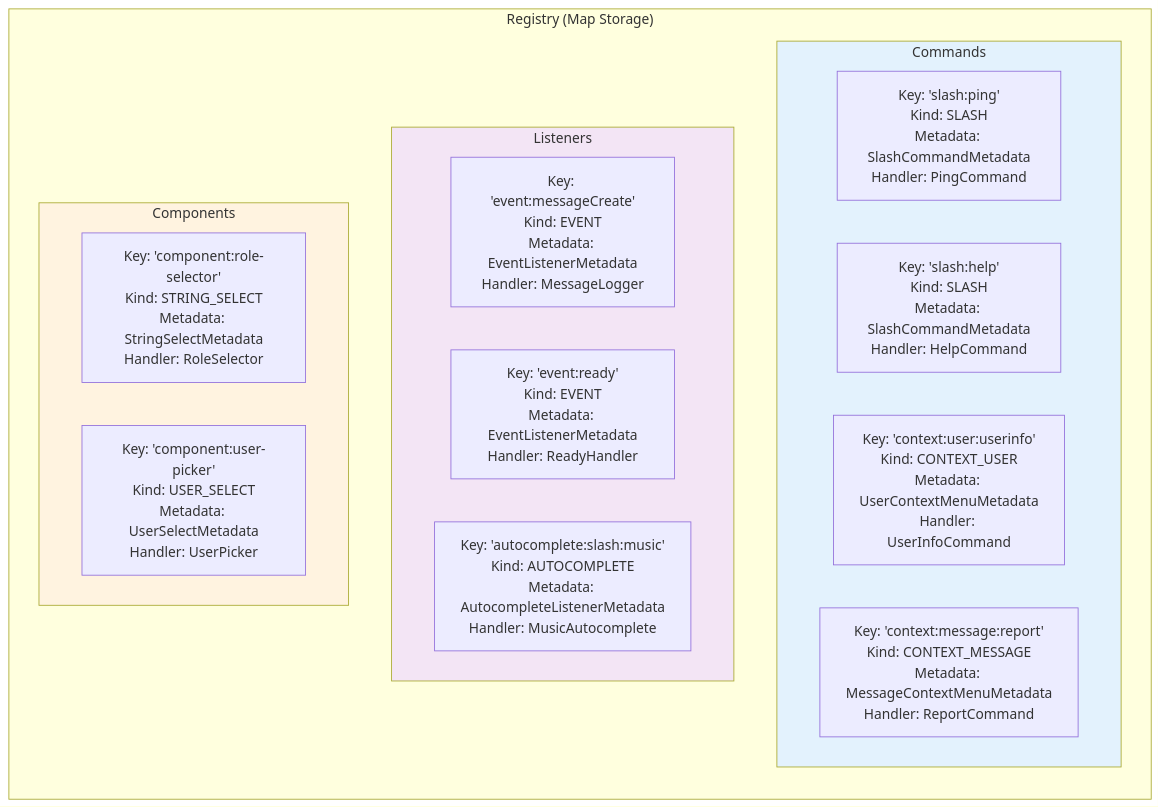
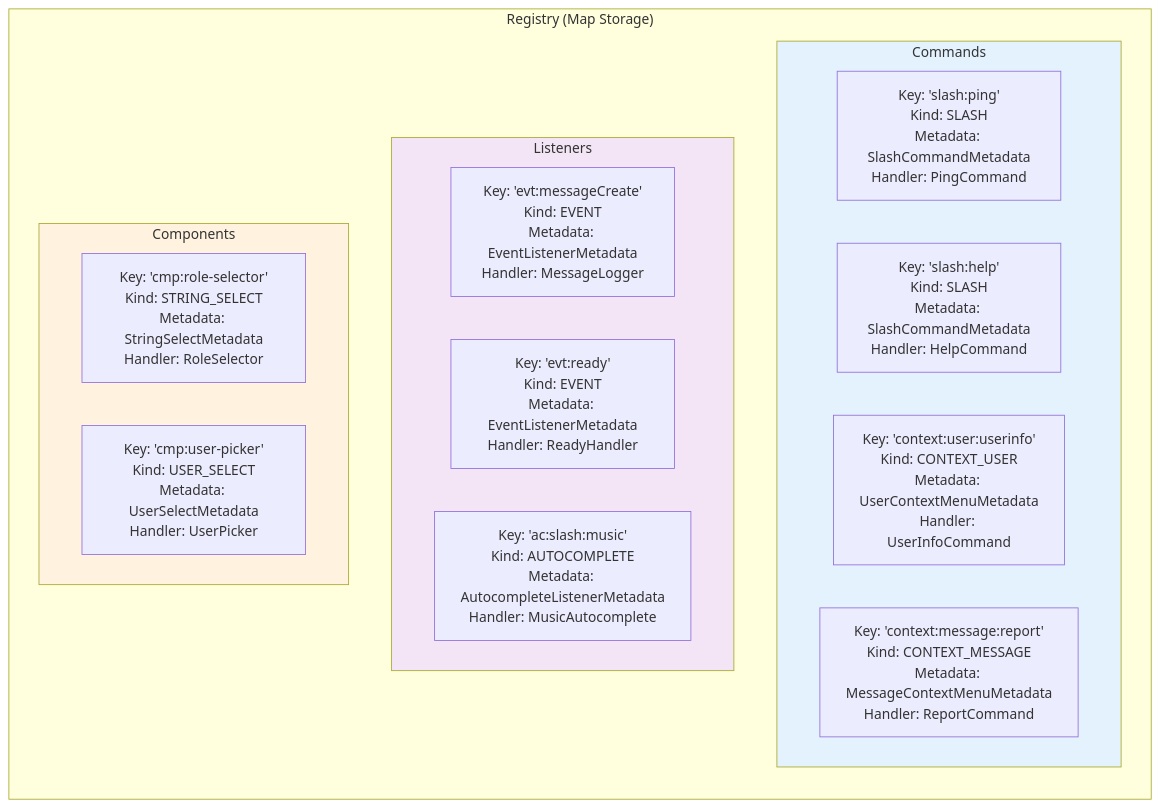
The third of 5 diagrams in docs/workflows/02-decorator-registration.md (Gildraen/dbm-core), drawn with Mermaid before and after one commit. The commit also changed 7 other files, not shown here.

````diff
--- a/docs/workflows/02-decorator-registration.md
+++ b/docs/workflows/02-decorator-registration.md
@@ -95,28 +95,28 @@
 ```mermaid
 graph TB
     subgraph Registry["Registry (Map Storage)"]
         direction TB
 
         subgraph Commands["Commands"]
             Slash1[Key: 'slash:ping'<br/>Kind: SLASH<br/>Metadata: SlashCommandMetadata<br/>Handler: PingCommand]
             Slash2[Key: 'slash:help'<br/>Kind: SLASH<br/>Metadata: SlashCommandMetadata<br/>Handler: HelpCommand]
             UserCtx[Key: 'context:user:userinfo'<br/>Kind: CONTEXT_USER<br/>Metadata: UserContextMenuMetadata<br/>Handler: UserInfoCommand]
             MsgCtx[Key: 'context:message:report'<br/>Kind: CONTEXT_MESSAGE<br/>Metadata: MessageContextMenuMetadata<br/>Handler: ReportCommand]
         end
 
         subgraph Listeners["Listeners"]
-            Event1[Key: 'event:messageCreate'<br/>Kind: EVENT<br/>Metadata: EventListenerMetadata<br/>Handler: MessageLogger]
-            Event2[Key: 'event:ready'<br/>Kind: EVENT<br/>Metadata: EventListenerMetadata<br/>Handler: ReadyHandler]
-            Auto[Key: 'autocomplete:slash:music'<br/>Kind: AUTOCOMPLETE<br/>Metadata: AutocompleteListenerMetadata<br/>Handler: MusicAutocomplete]
+            Event1[Key: 'evt:messageCreate'<br/>Kind: EVENT<br/>Metadata: EventListenerMetadata<br/>Handler: MessageLogger]
+            Event2[Key: 'evt:ready'<br/>Kind: EVENT<br/>Metadata: EventListenerMetadata<br/>Handler: ReadyHandler]
+            Auto[Key: 'ac:slash:music'<br/>Kind: AUTOCOMPLETE<br/>Metadata: AutocompleteListenerMetadata<br/>Handler: MusicAutocomplete]
         end
 
         subgraph Components["Components"]
-            String[Key: 'component:role-selector'<br/>Kind: STRING_SELECT<br/>Metadata: StringSelectMetadata<br/>Handler: RoleSelector]
-            User[Key: 'component:user-picker'<br/>Kind: USER_SELECT<br/>Metadata: UserSelectMetadata<br/>Handler: UserPicker]
+            String[Key: 'cmp:role-selector'<br/>Kind: STRING_SELECT<br/>Metadata: StringSelectMetadata<br/>Handler: RoleSelector]
+            User[Key: 'cmp:user-picker'<br/>Kind: USER_SELECT<br/>Metadata: UserSelectMetadata<br/>Handler: UserPicker]
         end
     end
 
     style Commands fill:#e3f2fd
     style Listeners fill:#f3e5f5
     style Components fill:#fff3e0
 ```
````
